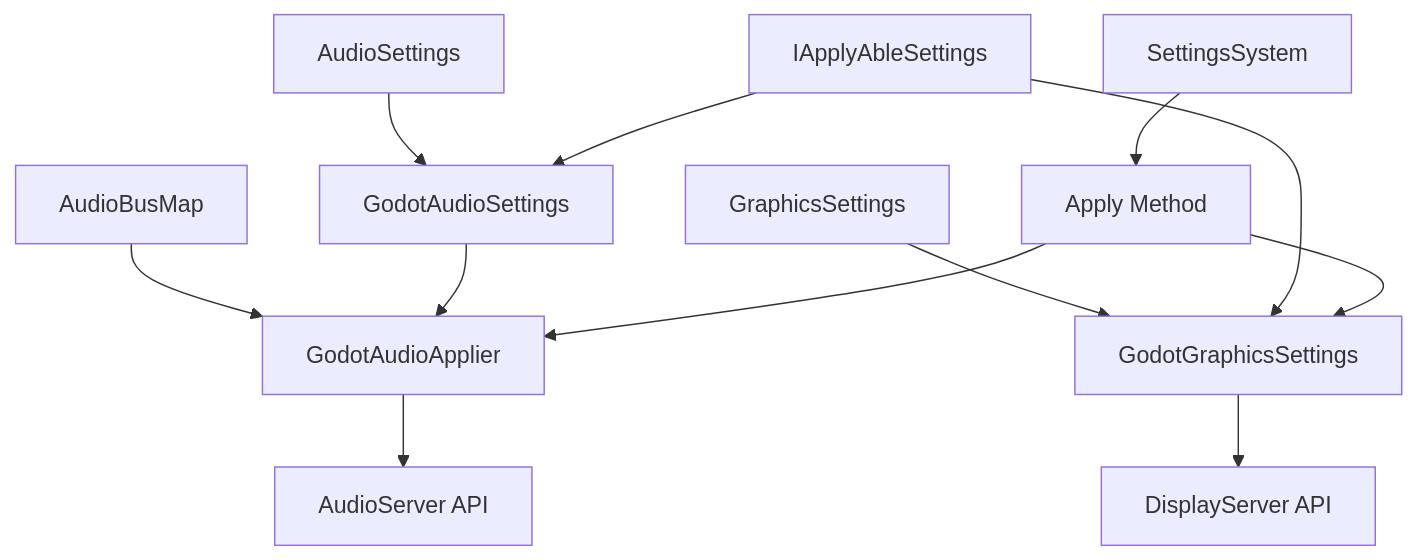
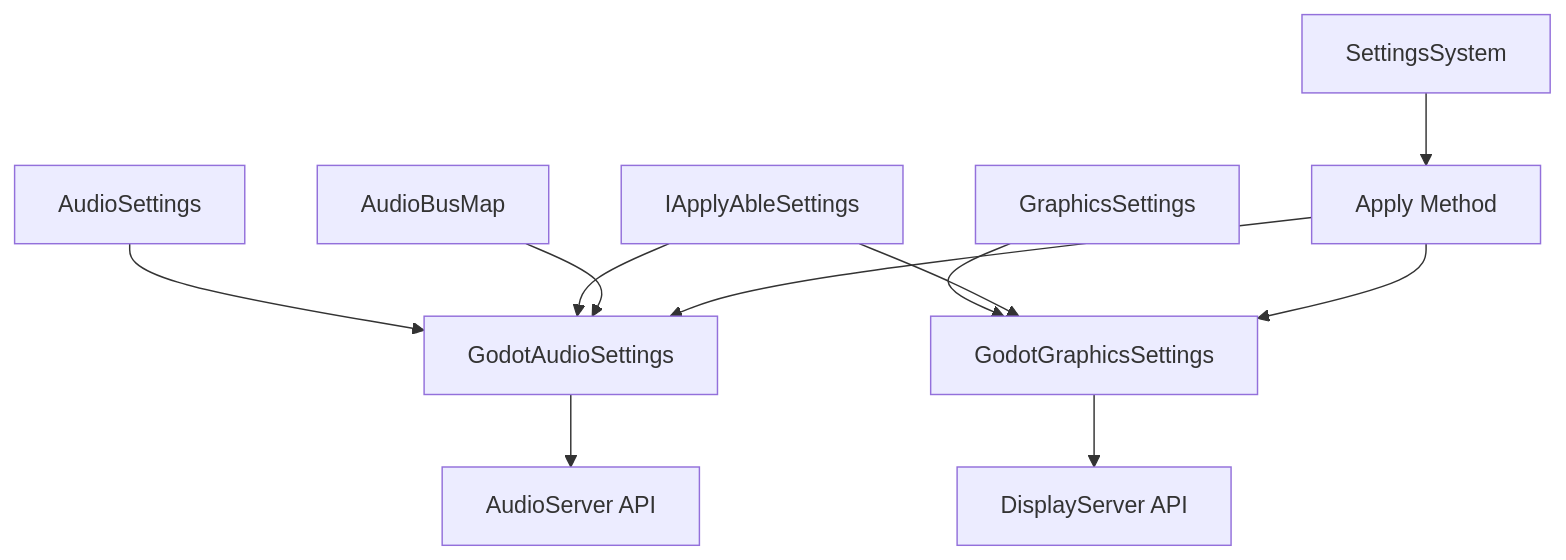
One commit to GeWuYou/GFramework changed the diagram in GFramework.Godot/setting/README.md. Above: the diagram before and after it, drawn with Mermaid. The commit also changed other lines of this file, not shown here.

````diff
--- a/GFramework.Godot/setting/README.md
+++ b/GFramework.Godot/setting/README.md
@@ -61,17 +66,16 @@
 ```mermaid
 graph TD
     A[AudioSettings] --> B[GodotAudioSettings]
     C[GraphicsSettings] --> D[GodotGraphicsSettings]
     E[IApplyAbleSettings] --> B
     E --> D
     
-    F[AudioBusMap] --> G[GodotAudioApplier]
-    B --> G
+    G[AudioBusMap] --> B
     
-    G --> H[AudioServer API]
-    D --> I[DisplayServer API]
+    B --> I[AudioServer API]
+    D --> J[DisplayServer API]
     
-    J[SettingsSystem] --> K[Apply Method]
-    K --> G
-    K --> D
+    K[SettingsSystem] --> L[Apply Method]
+    L --> B
+    L --> D
 ```
````
